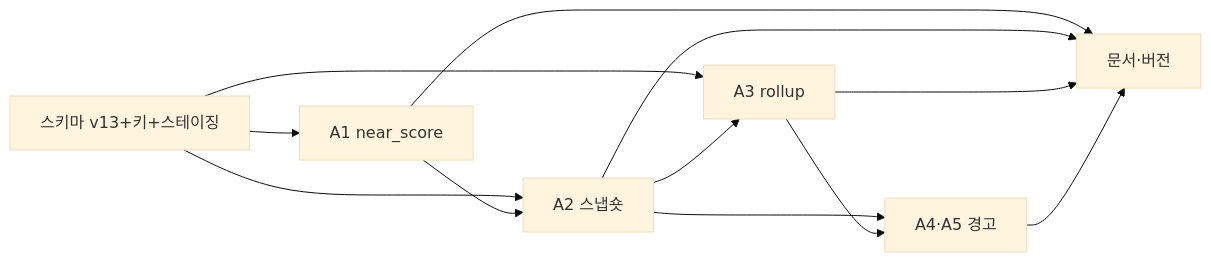
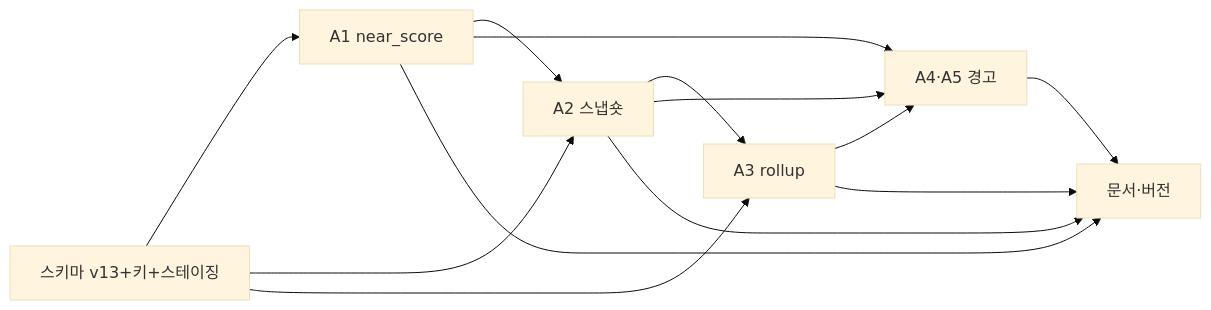
The first of 2 diagrams in docs/plans/2026-11-22-flint-v1190.md (synuns/flint), drawn with Mermaid (base theme) before and after one commit. The commit also changed other lines of this file, not shown here.

Commit message:
docs: v1190 플랜 런 상태 — Owns 확장(lockstep)·taskgraph 마커·측정 필드·스케줄

````diff
--- a/docs/plans/2026-11-22-flint-v1190.md
+++ b/docs/plans/2026-11-22-flint-v1190.md
@@ -8,21 +8,22 @@
 ```mermaid
 flowchart LR
   T1[스키마 v13+키+스테이징]
   T2[A1 near_score]
   T3[A2 스냅숏]
   T4[A3 rollup]
   T5[A4·A5 경고]
   T6[문서·버전]
+  %% taskgraph
   T1 --> T2
   T1 --> T3
   T1 --> T4
   T2 --> T3
   T3 --> T4
+  T2 --> T5
   T3 --> T5
   T4 --> T5
   T2 --> T6
   T3 --> T6
   T4 --> T6
   T5 --> T6
-  %% taskgraph
 ```
````
